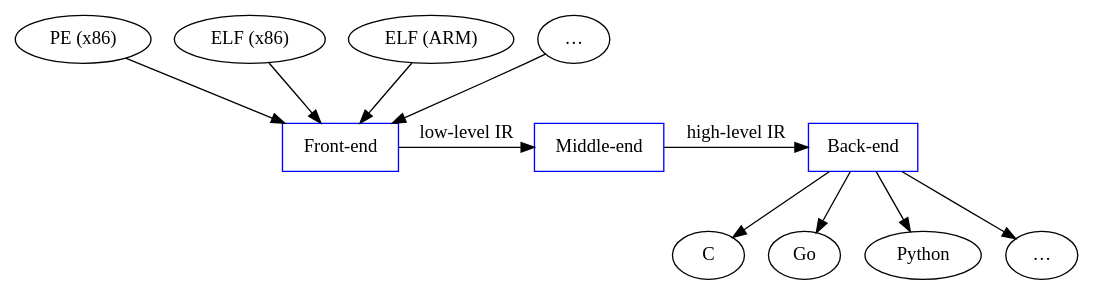
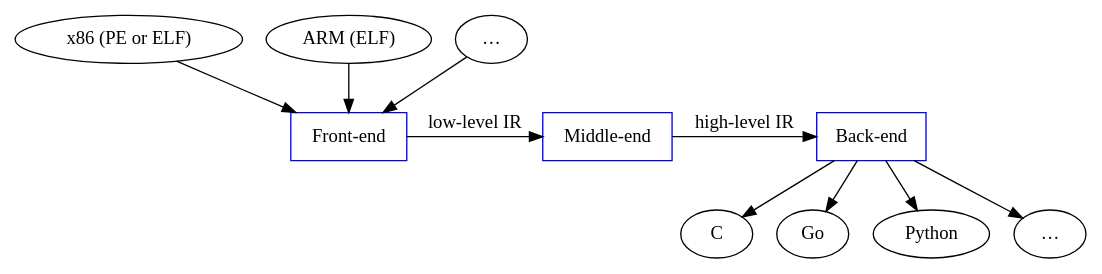
The diagram in inc/modules_overview.dot (decomp/doc), drawn with Graphviz before and after one commit. The commit also changed 7 other files, not shown here.

```diff
--- a/inc/modules_overview.dot
+++ b/inc/modules_overview.dot
@@ -1,30 +1,26 @@
 digraph G {
-	ranksep=0.6
-
-	In1 [label="PE (x86)"]
-	In2 [label="ELF (x86)"]
-	In3 [label="ELF (ARM)"]
-	In4 [label="…"]
+	In1 [label="x86 (PE or ELF)"]
+	In2 [label="ARM (ELF)"]
+	In3 [label="…"]
 	Front [label="Front-end" shape=box color=blue]
 	Middle [label="Middle-end" shape=box color=blue]
 	Back [label="Back-end" shape=box color=blue]
 	Out1 [label="C"]
 	Out2 [label="Go"]
 	Out3 [label="Python"]
 	Out4 [label="…"]
 
 	In1 -> Front
 	In2 -> Front
 	In3 -> Front
-	In4 -> Front
 
 	Front -> Middle [label="low-level IR"]
 	Middle -> Back [label="high-level IR"]
 
 	Back -> Out1
 	Back -> Out2
 	Back -> Out3
 	Back -> Out4
 
 	{rank=same; Front Middle Back}
 }
```
